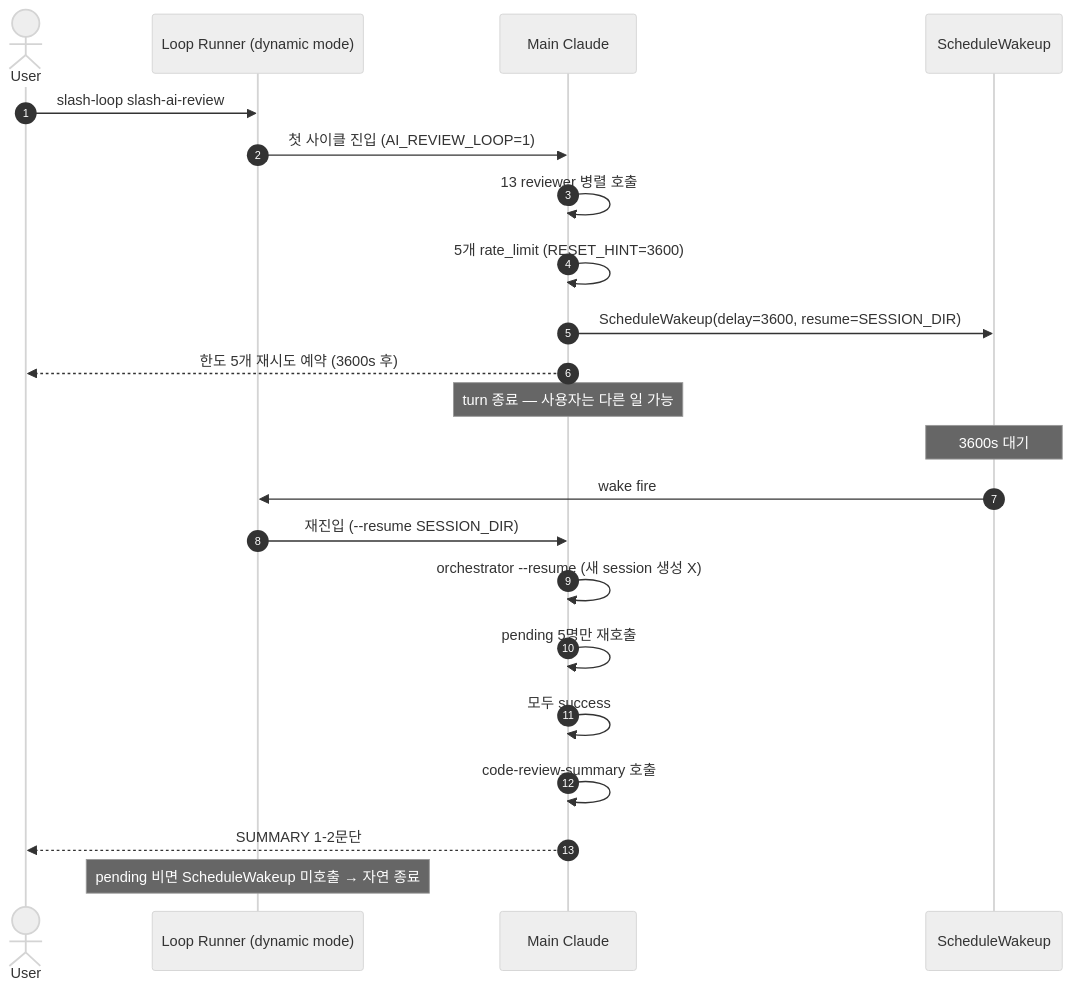
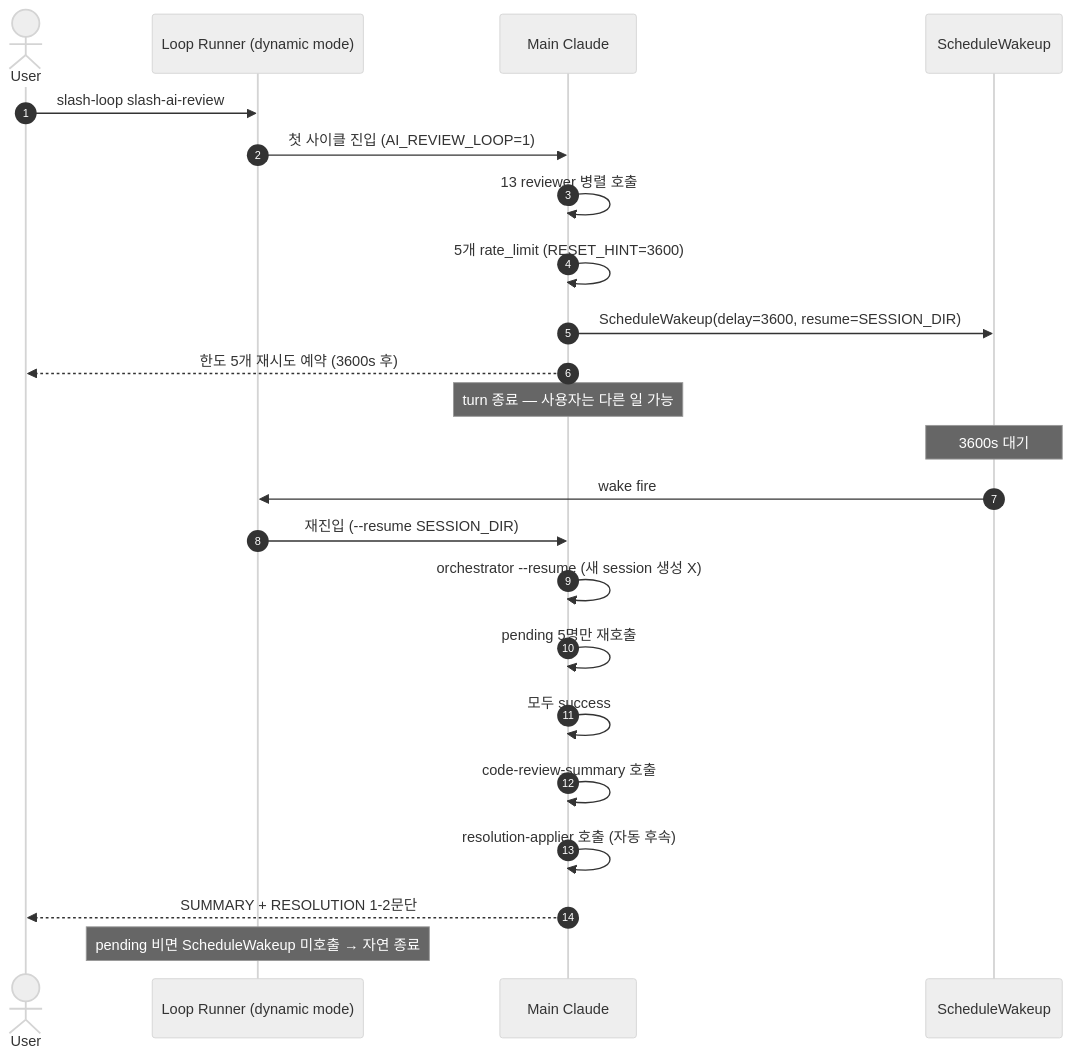
Before and after one commit to worker-ants/claude-code-harness: the sixth of 8 diagrams in OVERVIEW.md, drawn with Mermaid (neutral theme). The commit also changed other lines of this file and 45 other files, not shown here.

````diff
--- a/OVERVIEW.md
+++ b/OVERVIEW.md
@@ -337,28 +370,29 @@
 ```mermaid
 sequenceDiagram
     autonumber
     actor User
     participant LoopRunner as Loop Runner (dynamic mode)
     participant Main as Main Claude
     participant Wake as ScheduleWakeup
 
     User->>LoopRunner: slash-loop slash-ai-review
     LoopRunner->>Main: 첫 사이클 진입 (AI_REVIEW_LOOP=1)
     Main->>Main: 13 reviewer 병렬 호출
     Main->>Main: 5개 rate_limit (RESET_HINT=3600)
 
     Main->>Wake: ScheduleWakeup(delay=3600, resume=SESSION_DIR)
     Main-->>User: 한도 5개 재시도 예약 (3600s 후)
     Note over Main: turn 종료 — 사용자는 다른 일 가능
 
     Note over Wake: 3600s 대기
 
     Wake->>LoopRunner: wake fire
     LoopRunner->>Main: 재진입 (--resume SESSION_DIR)
     Main->>Main: orchestrator --resume (새 session 생성 X)
     Main->>Main: pending 5명만 재호출
     Main->>Main: 모두 success
     Main->>Main: code-review-summary 호출
-    Main-->>User: SUMMARY 1-2문단
+    Main->>Main: resolution-applier 호출 (자동 후속)
+    Main-->>User: SUMMARY + RESOLUTION 1-2문단
     Note over LoopRunner: pending 비면 ScheduleWakeup 미호출 → 자연 종료
 ```
````
